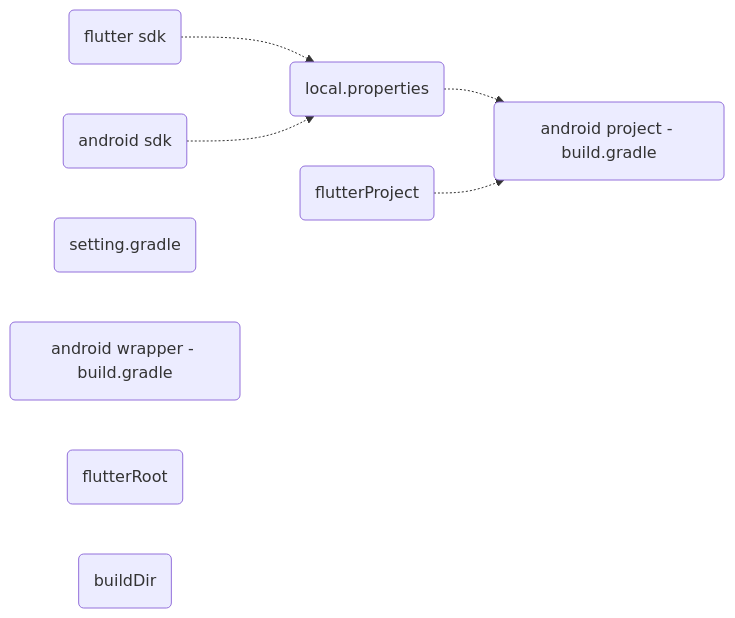
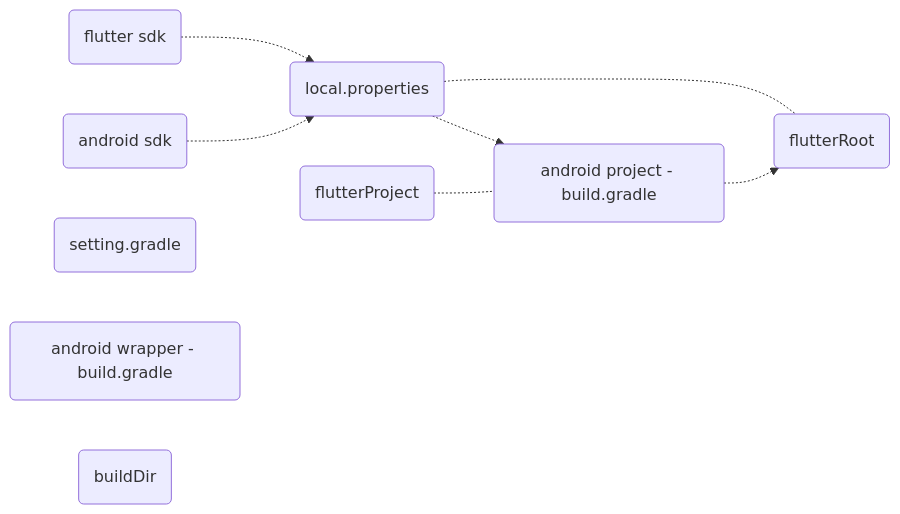
The second of 3 diagrams in flutter/addAndroidProjIntoFlutter.md (gordianknotC/nxp_note), drawn with Mermaid before and after one commit. The commit also changed other lines of this file, not shown here.

````diff
--- a/flutter/addAndroidProjIntoFlutter.md
+++ b/flutter/addAndroidProjIntoFlutter.md
@@ -241,19 +241,20 @@
 ```mermaid
 graph LR
 	fdk(flutter sdk)
 	adk(android sdk)
 	loc(local.properties)
 	
 	set(setting.gradle)
 	b1(android wrapper - build.gradle)
 	b2(android project - build.gradle)
 	dfr(flutterRoot)
 	dfp(flutterProject)
 	dfb(buildDir)
 	
 	fdk -.-> loc
 	adk -.-> loc
 	loc -.-> b2
-	
-	dfp -.-> b2
+	loc -.- dfr
+	b2 -.-> dfr
+	dfp -.- b2
 ```
````
